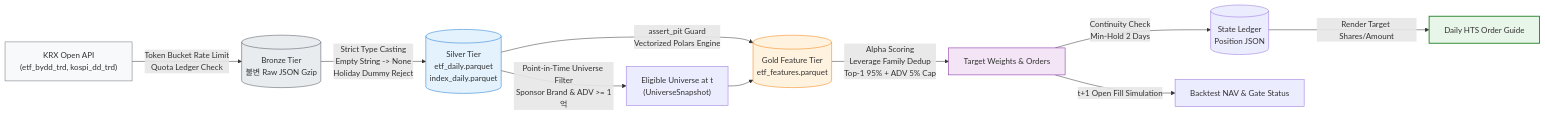
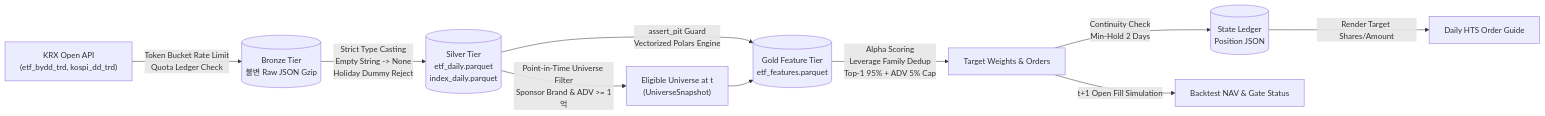
One commit to KTHYEONG/mt-etf-king-2026 changed the first of 2 diagrams in docs/architecture/data-flow.md. Above: the diagram before and after it, drawn with Mermaid. The commit also changed 4 other files, not shown here.

First line of the commit message:
docs: 다이어그램 내 시인성 저해 인라인 스타일 제거

````diff
--- a/docs/architecture/data-flow.md
+++ b/docs/architecture/data-flow.md
@@ -9,19 +9,12 @@
 ```mermaid
 flowchart LR
     API["KRX Open API\n(etf_bydd_trd, kospi_dd_trd)"] -->|"Token Bucket Rate Limit\nQuota Ledger Check"| Bronze[("Bronze Tier\n불변 Raw JSON Gzip")]
     Bronze -->|"Strict Type Casting\nEmpty String -> None\nHoliday Dummy Reject"| Silver[("Silver Tier\netf_daily.parquet\nindex_daily.parquet")]
     Silver -->|"Point-in-Time Universe Filter\nSponsor Brand & ADV >= 1억"| PIT["Eligible Universe at t\n(UniverseSnapshot)"]
     Silver -->|"assert_pit Guard\nVectorized Polars Engine"| Gold[("Gold Feature Tier\netf_features.parquet")]
     PIT --> Gold
     Gold -->|"Alpha Scoring\nLeverage Family Dedup\nTop-1 95% + ADV 5% Cap"| Port["Target Weights & Orders"]
     Port -->|"Continuity Check\nMin-Hold 2 Days"| State[("State Ledger\nPosition JSON")]
     Port -->|"t+1 Open Fill Simulation"| Backtest["Backtest NAV & Gate Status"]
     State -->|"Render Target Shares/Amount"| Guide["Daily HTS Order Guide"]
-
-    style API fill:#f8f9fa,stroke:#6c757d,stroke-width:1px
-    style Bronze fill:#e9ecef,stroke:#495057,stroke-width:1px
-    style Silver fill:#e3f2fd,stroke:#1976d2,stroke-width:1px
-    style Gold fill:#fff3e0,stroke:#f57c00,stroke-width:1px
-    style Port fill:#f3e5f5,stroke:#7b1fa2,stroke-width:1px
-    style Guide fill:#e8f5e9,stroke:#388e3c,stroke-width:2px
 ```
````
